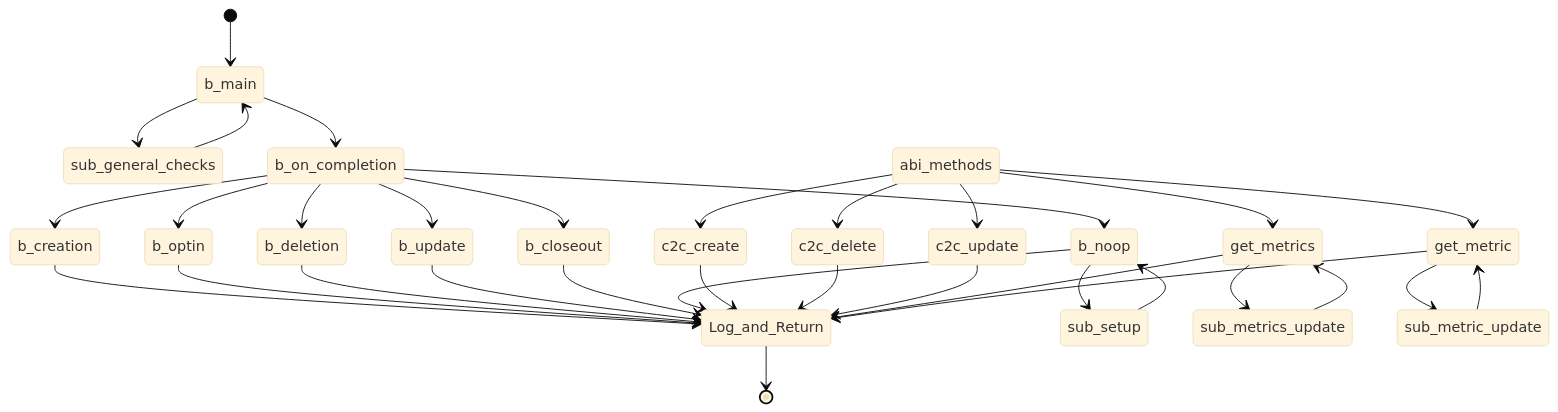
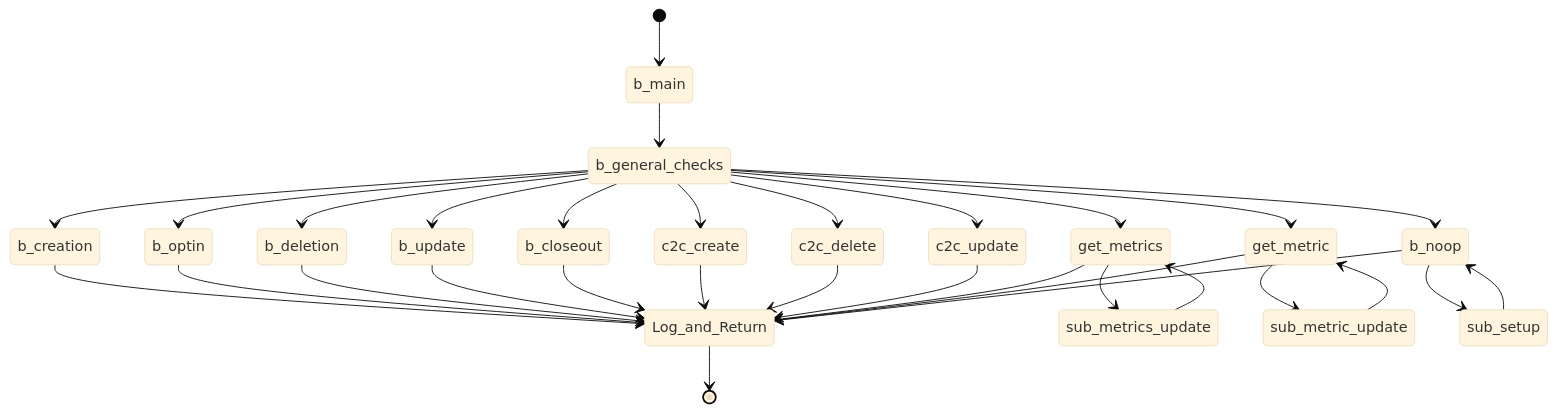
Before and after one commit to GoPlausible/.github: the seventh of 10 diagrams in profile/README.md, drawn with Mermaid (base theme).

````diff
--- a/profile/README.md
+++ b/profile/README.md
@@ -256,43 +256,45 @@
 ```mermaid
   stateDiagram-v2
     [*] --> b_main
-    b_main --> sub_general_checks
-    sub_general_checks --> b_main
-    b_main --> b_on_completion
-    b_on_completion --> b_creation
+    b_main --> b_general_checks
+    b_general_checks --> b_creation
     b_creation --> Log_and_Return
-    b_on_completion --> b_optin
+    b_general_checks --> b_optin
     b_optin --> Log_and_Return
-    b_on_completion --> b_deletion
+    b_general_checks --> b_deletion
     b_deletion --> Log_and_Return
-    b_on_completion --> b_update
+    b_general_checks --> b_update
     b_update --> Log_and_Return
-    b_on_completion --> b_closeout
+    b_general_checks --> b_closeout
     b_closeout --> Log_and_Return
 
-    b_on_completion --> b_noop
+
+
+    b_general_checks --> c2c_create
+    c2c_create --> Log_and_Return
+    b_general_checks --> c2c_delete
+    c2c_delete --> Log_and_Return
+    b_general_checks --> c2c_update
+    c2c_update --> Log_and_Return
+
+   
+    b_general_checks --> get_metrics
+    get_metrics --> sub_metrics_update
+    sub_metrics_update --> get_metrics
+    get_metrics --> Log_and_Return
+
+    b_general_checks --> get_metric
+    get_metric --> sub_metric_update
+    sub_metric_update --> get_metric
+    get_metric --> Log_and_Return
+
+    b_general_checks --> b_noop
     b_noop --> sub_setup
     sub_setup --> b_noop
     b_noop --> Log_and_Return
 
-    abi_methods --> c2c_create
-    c2c_create --> Log_and_Return
-    abi_methods --> c2c_delete
-    c2c_delete --> Log_and_Return
-    abi_methods --> c2c_update
-    c2c_update --> Log_and_Return
-
-   
-    abi_methods --> get_metrics
-    get_metrics --> sub_metrics_update
-    sub_metrics_update --> get_metrics
-    get_metrics --> Log_and_Return
-
-    abi_methods --> get_metric
-    get_metric --> sub_metric_update
-    sub_metric_update --> get_metric
-    get_metric --> Log_and_Return
+    
 
     Log_and_Return --> [*]
     
 ```
````
